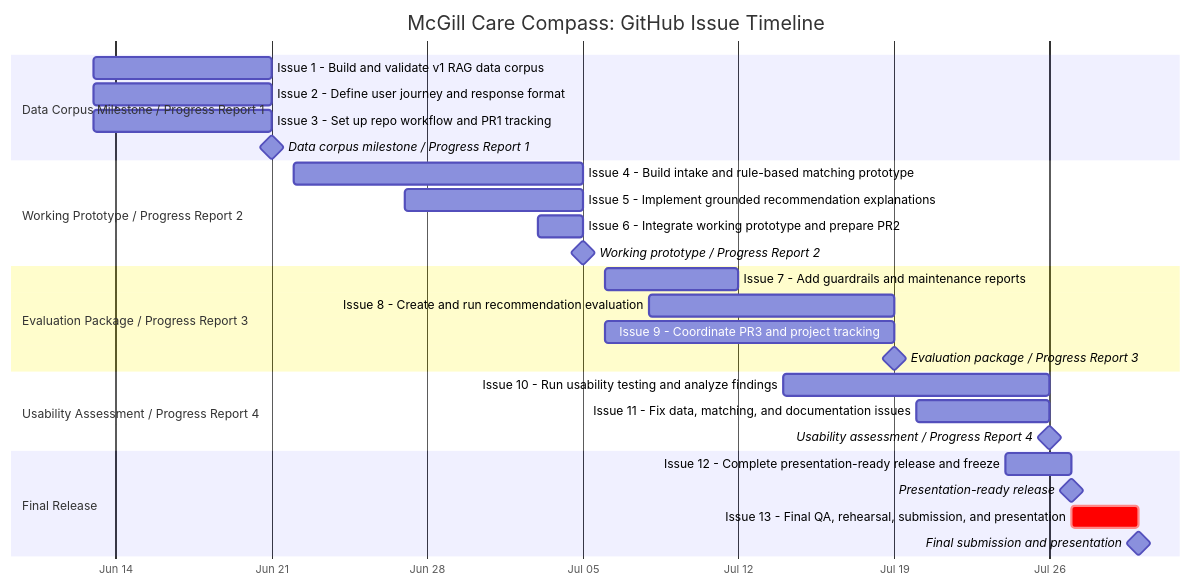
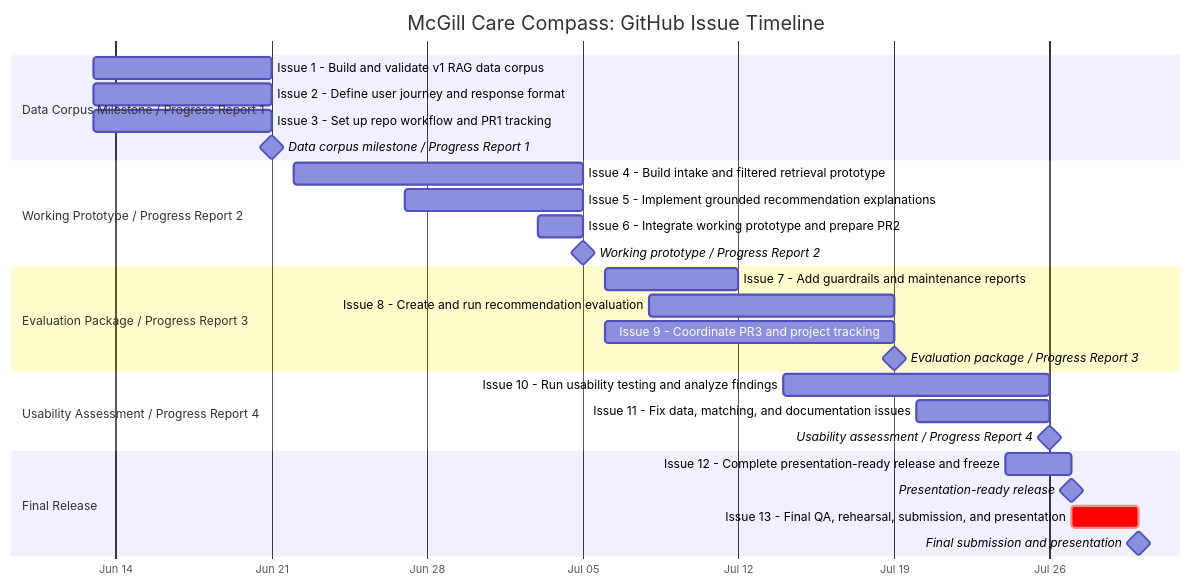
The diagram in docs/project/Project-Plan-High-Level.md (AbdelazizAhmed314/McGill-Care-Compass), drawn with Mermaid before and after one commit. The commit also changed other lines of this file and 23 other files, not shown here.

````diff
--- a/docs/project/Project-Plan-High-Level.md
+++ b/docs/project/Project-Plan-High-Level.md
@@ -29,35 +29,35 @@
 ```mermaid
 gantt
     title McGill Care Compass: GitHub Issue Timeline
     dateFormat  YYYY-MM-DD
     axisFormat  %b %d
 
     section Data Corpus Milestone / Progress Report 1
     Issue 1 - Build and validate v1 RAG data corpus              :i1, 2026-06-13, 2026-06-21
     Issue 2 - Define user journey and response format            :i2, 2026-06-13, 2026-06-21
     Issue 3 - Set up repo workflow and PR1 tracking              :i3, 2026-06-13, 2026-06-21
     Data corpus milestone / Progress Report 1                    :milestone, m1, 2026-06-21, 0d
 
     section Working Prototype / Progress Report 2
-    Issue 4 - Build intake and rule-based matching prototype     :i4, 2026-06-22, 2026-07-05
+    Issue 4 - Build intake and filtered retrieval prototype     :i4, 2026-06-22, 2026-07-05
     Issue 5 - Implement grounded recommendation explanations     :i5, 2026-06-27, 2026-07-05
     Issue 6 - Integrate working prototype and prepare PR2        :i6, 2026-07-03, 2026-07-05
     Working prototype / Progress Report 2                        :milestone, m2, 2026-07-05, 0d
 
     section Evaluation Package / Progress Report 3
     Issue 7 - Add guardrails and maintenance reports             :i7, 2026-07-06, 2026-07-12
     Issue 8 - Create and run recommendation evaluation           :i8, 2026-07-08, 2026-07-19
     Issue 9 - Coordinate PR3 and project tracking                :i9, 2026-07-06, 2026-07-19
     Evaluation package / Progress Report 3                       :milestone, m3, 2026-07-19, 0d
 
     section Usability Assessment / Progress Report 4
     Issue 10 - Run usability testing and analyze findings        :i10, 2026-07-14, 2026-07-26
     Issue 11 - Fix data, matching, and documentation issues      :i11, 2026-07-20, 2026-07-26
     Usability assessment / Progress Report 4                     :milestone, m4, 2026-07-26, 0d
 
     section Final Release
     Issue 12 - Complete presentation-ready release and freeze    :i12, 2026-07-24, 2026-07-27
     Presentation-ready release                                   :milestone, m5, 2026-07-27, 0d
     Issue 13 - Final QA, rehearsal, submission, and presentation :crit, i13, 2026-07-27, 2026-07-30
     Final submission and presentation                            :milestone, m6, 2026-07-30, 0d
 ```
````
